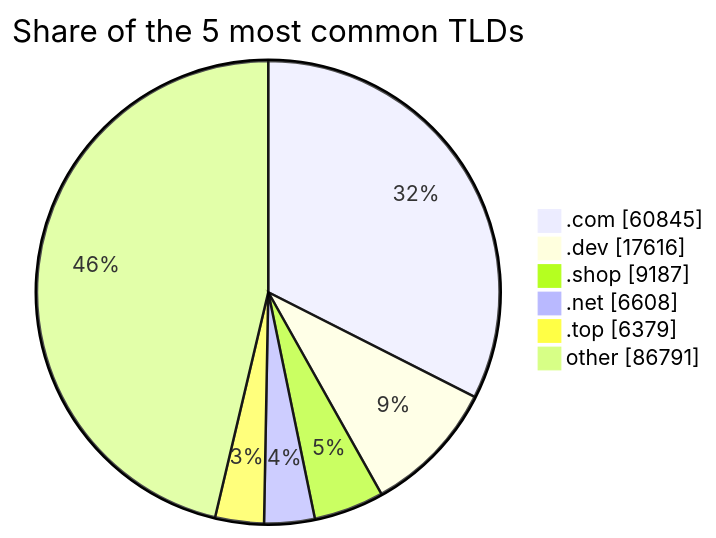
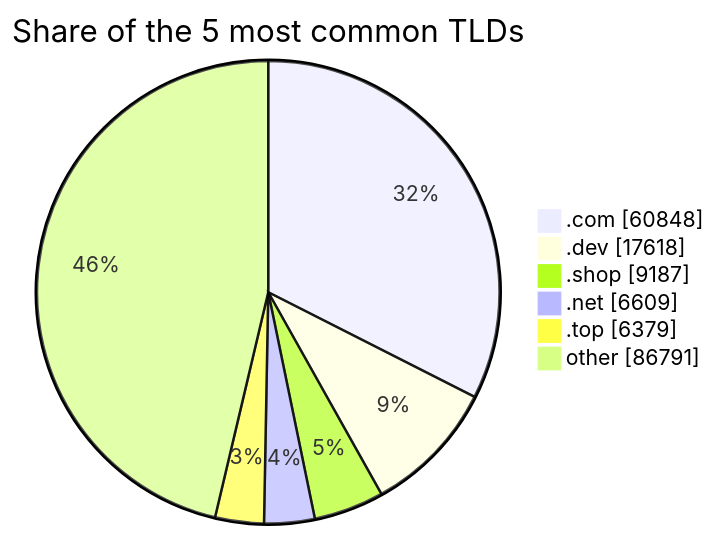
The third of 3 diagrams in README.md (DNSBunker/CTI), drawn with Mermaid before and after one commit. The commit also changed other lines of this file and 3 other files, not shown here.

````diff
--- a/README.md
+++ b/README.md
@@ -81,9 +81,9 @@
 ```mermaid
 pie showData title Share of the 5 most common TLDs
-    ".com" : 60845
-    ".dev" : 17616
+    ".com" : 60848
+    ".dev" : 17618
     ".shop" : 9187
-    ".net" : 6608
+    ".net" : 6609
     ".top" : 6379
     "other" : 86791
 ```
````
